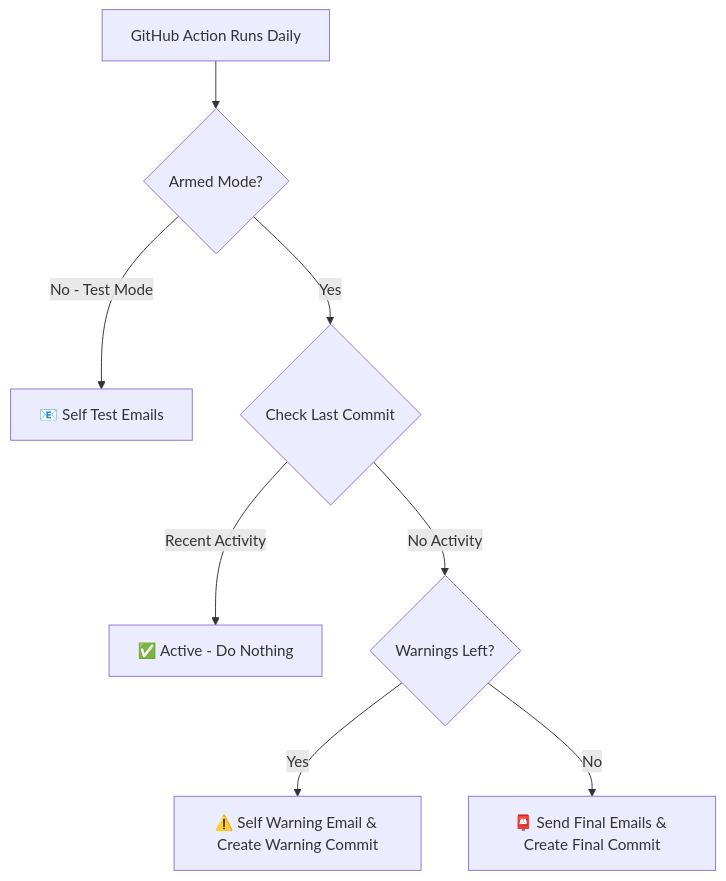
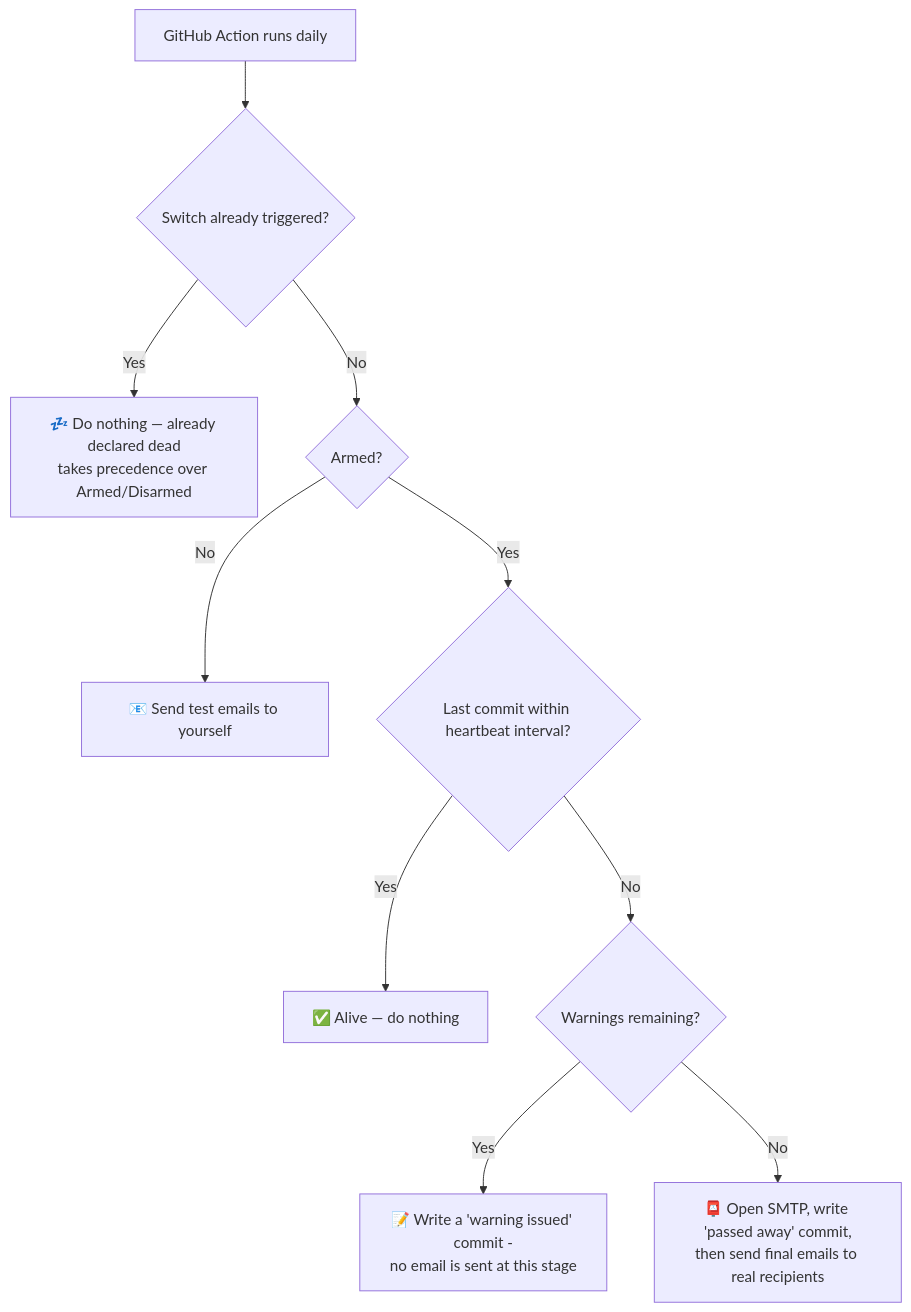
One commit to oedokumaci/dead-mans-switch changed the diagram in README.md. Above: the diagram before and after it, drawn with Mermaid. The commit also changed other lines of this file and 16 other files, not shown here.

````diff
--- a/README.md
+++ b/README.md
@@ -247,10 +337,12 @@
 ```mermaid
 graph TD
-    A[GitHub Action Runs Daily] --> B{Armed Mode?}
-    B -->|No - Test Mode| C[📧 Self Test Emails]
-    B -->|Yes| F{Check Last Commit}
-    F -->|Recent Activity| G[✅ Active - Do Nothing]
-    F -->|No Activity| H{Warnings Left?}
-    H -->|Yes| I[⚠️ Self Warning Email & Create Warning Commit]
-    H -->|No| J[📮 Send Final Emails & Create Final Commit]
+    A[GitHub Action runs daily] --> D{Switch already triggered?}
+    D -->|Yes| E[💤 Do nothing — already declared dead<br/>takes precedence over Armed/Disarmed]
+    D -->|No| B{Armed?}
+    B -->|No| C[📧 Send test emails to yourself]
+    B -->|Yes| F{Last commit within heartbeat interval?}
+    F -->|Yes| G[✅ Alive — do nothing]
+    F -->|No| H{Warnings remaining?}
+    H -->|Yes| I[📝 Write a 'warning issued' commit -<br/>no email is sent at this stage]
+    H -->|No| J[📮 Open SMTP, write 'passed away' commit,<br/>then send final emails to real recipients]
 ```
````
